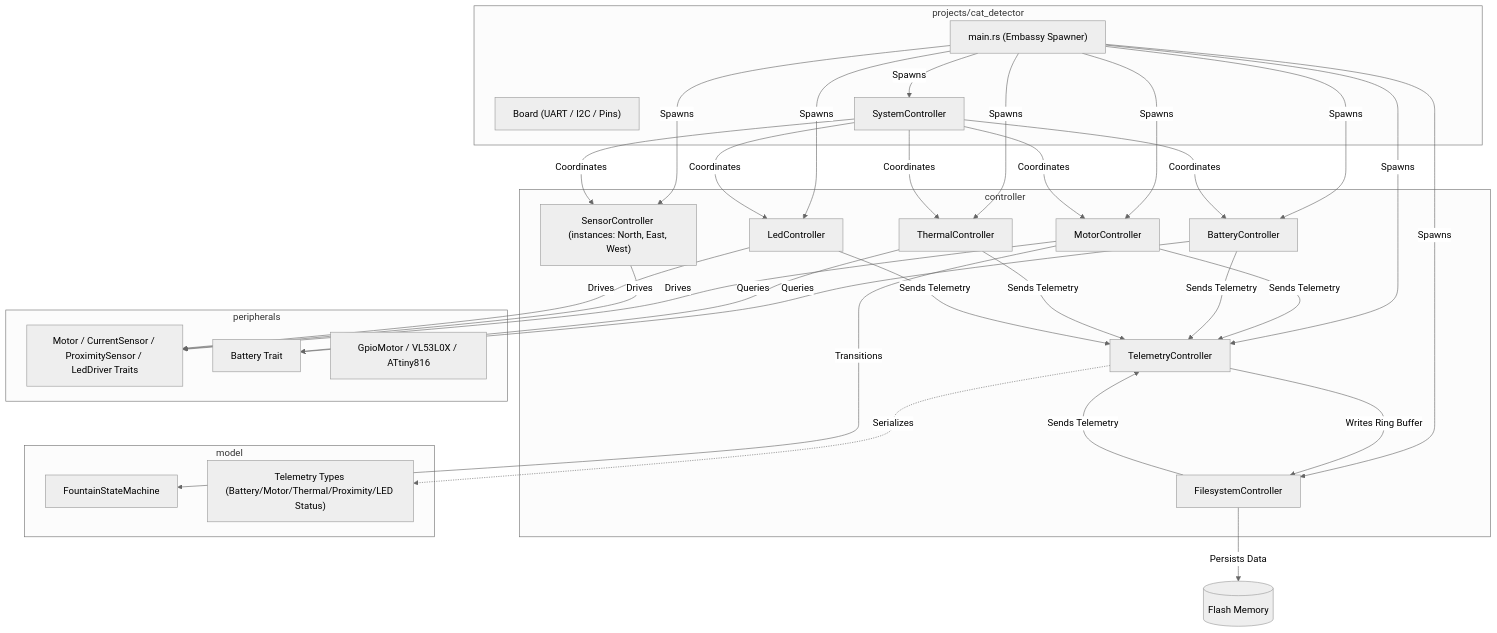
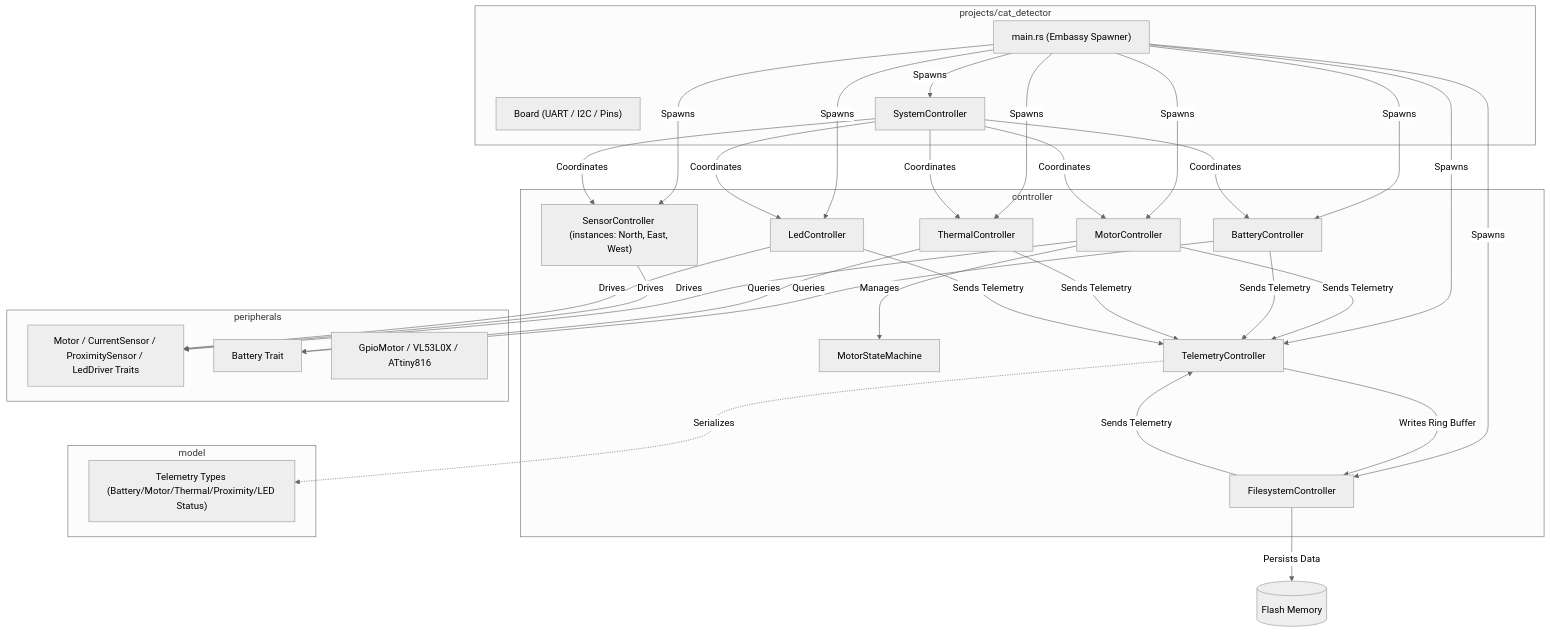
Before and after one commit to picklethecat1488-hue/firmware: the first of 2 diagrams in projects/cat_detector.md, drawn with Mermaid (neutral theme). The commit also changed other lines of this file and 1 other file, not shown here.

Commit message:
Assign ToF sensor addresses
Summary:

Test Plan:

````diff
--- a/projects/cat_detector.md
+++ b/projects/cat_detector.md
@@ -11,39 +11,39 @@
 ```mermaid
 graph TD
     subgraph Controller Crate [controller]
         MC["MotorController"]
+        MSM["MotorStateMachine"]
         BC["BatteryController"]
         TC["ThermalController"]
         SC["SensorController (instances: North, East, West)"]
         LC["LedController"]
         FSC["FilesystemController"]
         TMC["TelemetryController"]
     end
 
     subgraph Model Crate [model]
-        FSM["FountainStateMachine"]
         TS["Telemetry Types (Battery/Motor/Thermal/Proximity/LED Status)"]
     end
 
     subgraph Peripherals Crate [peripherals]
         PT["Motor / CurrentSensor / ProximitySensor / LedDriver Traits"]
         BT["Battery Trait"]
         GM["GpioMotor / VL53L0X / ATtiny816"]
     end
 
     subgraph BSP / Target [projects/cat_detector]
         Board["Board (UART / I2C / Pins)"]
         Main["main.rs (Embassy Spawner)"]
         SysC["SystemController"]
     end
 
     Main -->|Spawns| MC & BC & TC & SC & LC & FSC & TMC & SysC
     SysC -->|Coordinates| MC & SC & LC & BC & TC
-    MC -->|Transitions| FSM
+    MC -->|Manages| MSM
     MC & SC & LC -->|Drives| PT
     BC & TC -->|Queries| BT
     MC & BC & TC & LC & FSC -->|Sends Telemetry| TMC
     TMC -->|Writes Ring Buffer| FSC
     FSC -->|Persists Data| Flash[("Flash Memory")]
     TMC -.->|Serializes| TS
 ```
````
